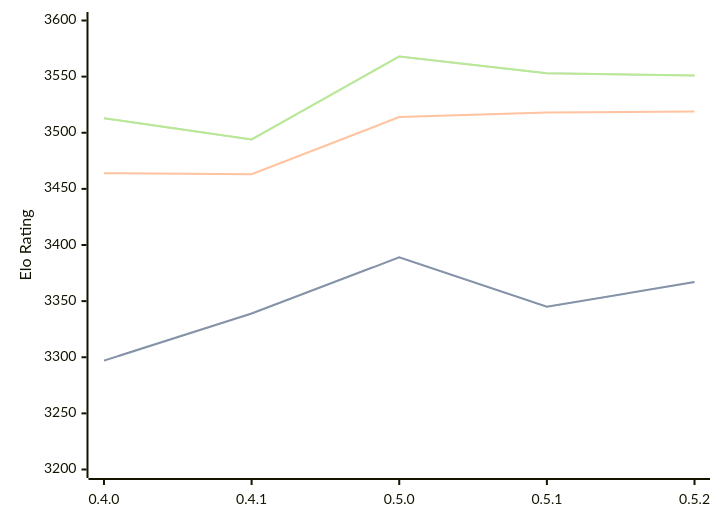
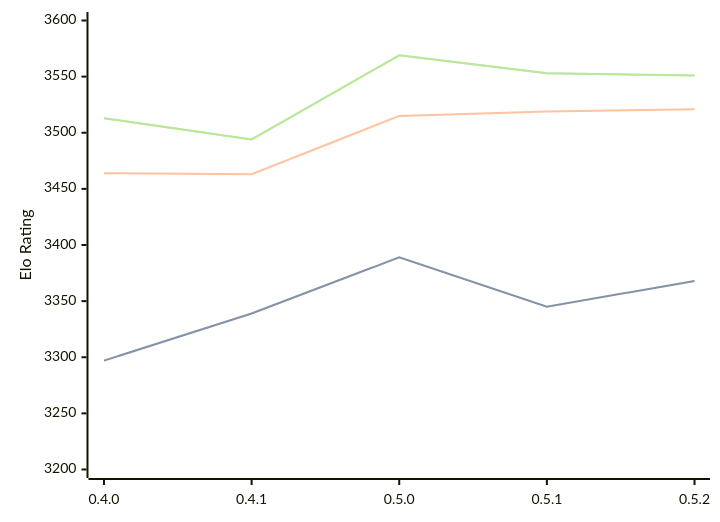
One commit to computer-chess-index/cci changed the diagram in engines/Cinder.md. Above: the diagram before and after it, drawn with Mermaid. The commit also changed other lines of this file, not shown here.

Commit message:
Update CCI Ratings (ELO VLTC) - 2026-07-20

````diff
--- a/engines/Cinder.md
+++ b/engines/Cinder.md
@@ -43,11 +43,11 @@
 ```mermaid
 %%{init: {"theme":"base","themeVariables":{"seriesColors:['#a3a3a3','#222221','#faa371']}}}%%
 xychart-beta
   x-axis ["0.4.0", "0.4.1", "0.5.0", "0.5.1", "0.5.2"]
   y-axis "Elo Rating" 3200 --> 3600
-  line "STC (8.0+0.08s)" [3297, 3339, 3389, 3345, 3367]
-  line "STC (8.0+0.08s)" [3297, 3339, 3389, 3345, 3367]
-  line "LTC (60.0+0.60s)" [3464, 3463, 3514, 3518, 3519]
-  line "VLTC (2m24s+1.12s)" [3513, 3494, 3568, 3553, 3551]
-  line "VLTC (2m24s+1.12s)" [3513, 3494, 3568, 3553, 3551]
+  line "STC (8.0+0.08s)" [3297, 3339, 3389, 3345, 3368]
+  line "STC (8.0+0.08s)" [3297, 3339, 3389, 3345, 3368]
+  line "LTC (60.0+0.60s)" [3464, 3463, 3515, 3519, 3521]
+  line "VLTC (2m24s+1.12s)" [3513, 3494, 3569, 3553, 3551]
+  line "VLTC (2m24s+1.12s)" [3513, 3494, 3569, 3553, 3551]
 ```
````
